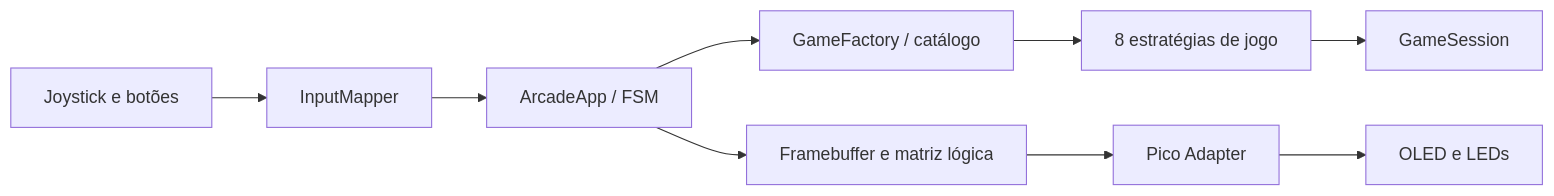
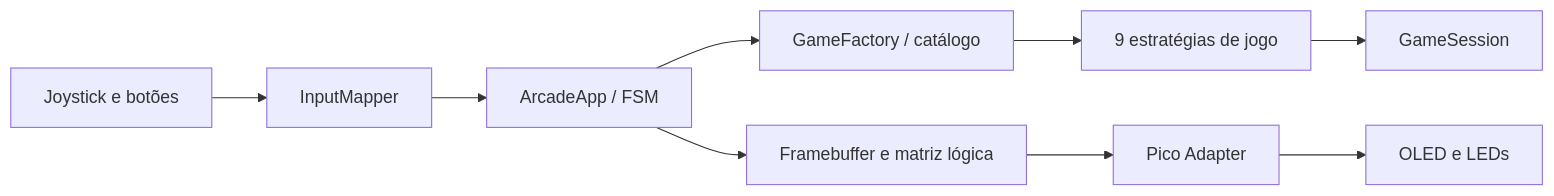
The diagram in README.md (Lawtrel/bitdoglab-arcade), drawn with Mermaid before and after one commit. The commit also changed other lines of this file and 18 other files, not shown here.

````diff
--- a/README.md
+++ b/README.md
@@ -75,11 +99,11 @@
 ```mermaid
 flowchart LR
     GPIO[Joystick e botões] --> Mapper[InputMapper]
     Mapper --> App[ArcadeApp / FSM]
     App --> Catalog[GameFactory / catálogo]
-    Catalog --> Games[8 estratégias de jogo]
+    Catalog --> Games[9 estratégias de jogo]
     Games --> State[GameSession]
     App --> Frame[Framebuffer e matriz lógica]
     Frame --> Pico[Pico Adapter]
     Pico --> OLED[OLED e LEDs]
 ```
````
